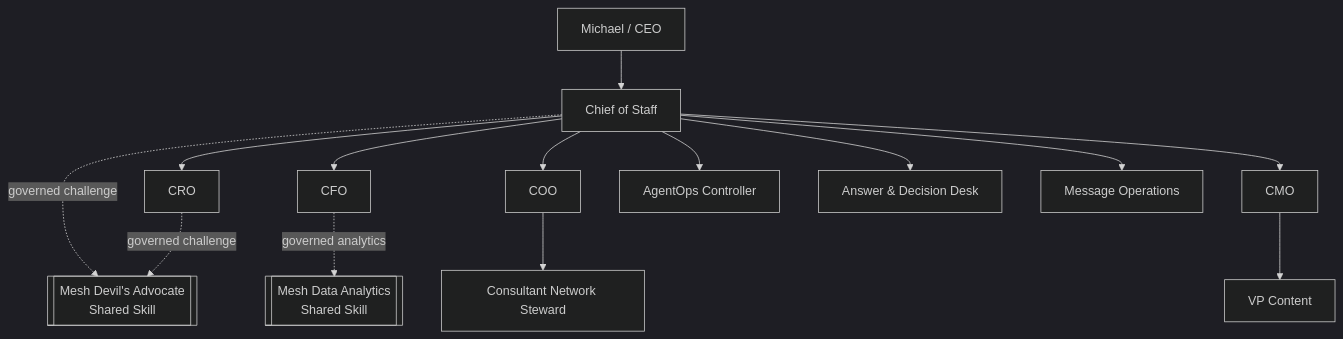
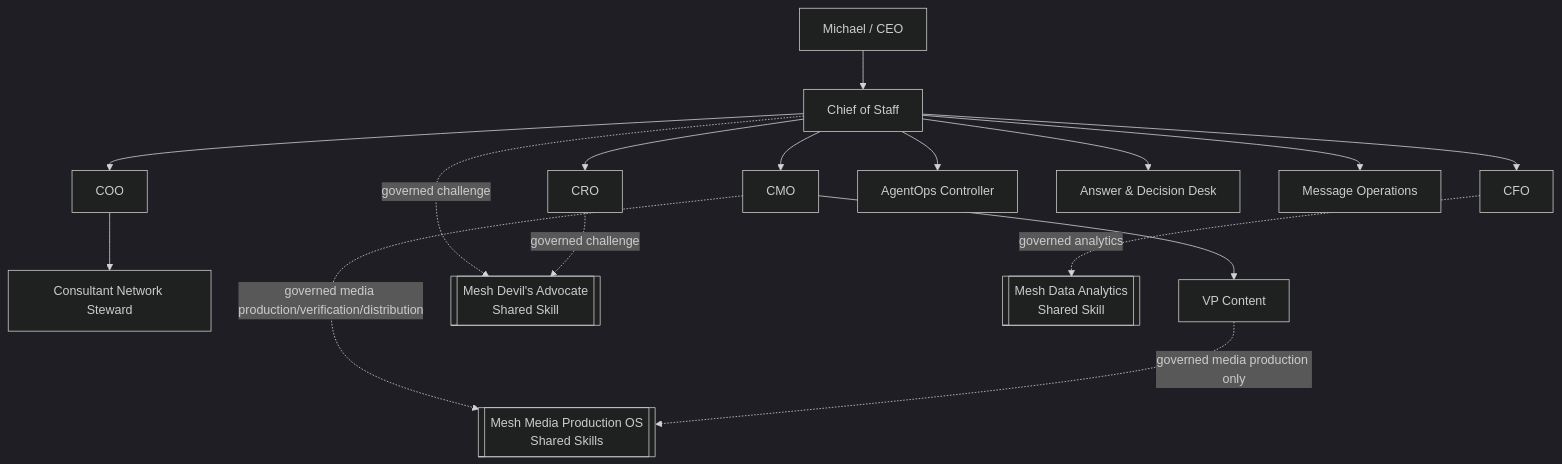
One commit to mkleinbe/mesh-ai-agent-cos-universe changed the diagram in docs/README.md. Above: the diagram before and after it, drawn with Mermaid (dark theme). The commit also changed other lines of this file, not shown here.

````diff
--- a/docs/README.md
+++ b/docs/README.md
@@ -74,16 +93,18 @@
 ```mermaid
 flowchart TB
     M[Michael / CEO] --> C[Chief of Staff]
     C --> CRO[CRO]
     C --> CFO[CFO]
     C --> COO[COO]
     COO --> CNS[Consultant Network Steward]
     C --> CMO[CMO]
     CMO --> VPC[VP Content]
     C --> AO[AgentOps Controller]
     C --> AD[Answer & Decision Desk]
     C --> MSG[Message Operations]
     C -. governed challenge .-> DA[[Mesh Devil's Advocate\nShared Skill]]
     CRO -. governed challenge .-> DA
     CFO -. governed analytics .-> MDA[[Mesh Data Analytics\nShared Skill]]
+    CMO -. governed media production/verification/distribution .-> MOS[[Mesh Media Production OS\nShared Skills]]
+    VPC -. governed media production only .-> MOS
 ```
````
